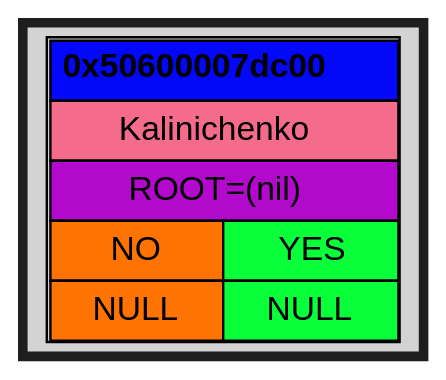
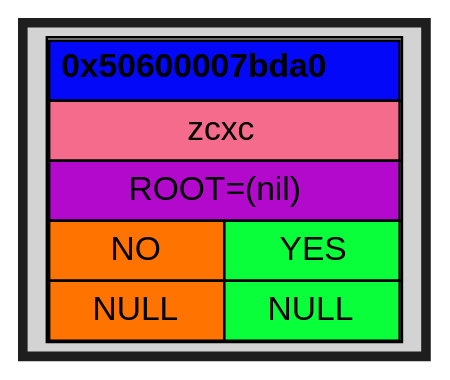
Before and after one commit to Kabuto-Mainer/Akinator: the diagram in DUMPS/DEBUG/graph.dot, drawn with Graphviz. The commit also changed 62 other files, not shown here.

```diff
--- a/DUMPS/DEBUG/graph.dot
+++ b/DUMPS/DEBUG/graph.dot
@@ -1,23 +1,23 @@
 digraph {
   rankdir=UD;
   bgcolor="#1e1e1e"
   splines=ortho;
   nodesep=0.4;
   ranksep=0.6;
   node [shape=plaintext, style=filled, fontname="Helvetica"];
   edge [arrowhead=vee, arrowsize=0.6, penwidth=1.2];
 
-block_0x50600007dc00 [label=<
+block_0x50600007bda0 [label=<
 <TABLE CELLSPACING="0" CELLPADDING="4">
-<TR><TD PORT="root" BGCOLOR="#0308f9ff" COLSPAN="2"><B>0x50600007dc00</B></TD></TR>
-<TR><TD BGCOLOR="#f46b8bff" COLSPAN="2">Kalinichenko</TD></TR>
+<TR><TD PORT="root" BGCOLOR="#0308f9ff" COLSPAN="2"><B>0x50600007bda0</B></TD></TR>
+<TR><TD BGCOLOR="#f46b8bff" COLSPAN="2">zcxc</TD></TR>
 <TR><TD BGCOLOR="#b209ccff" COLSPAN="2">ROOT=(nil)</TD></TR>
 <TR><TD BGCOLOR="#ff7301ff">NO</TD><TD BGCOLOR="#08ff3aff">YES</TD></TR>
 <TR>
 <TD PORT="left" BGCOLOR="#ff7301ff">NULL</TD>
 <TD PORT="right" BGCOLOR="#08ff3aff">NULL</TD>
 </TR>
 </TABLE> >];
 
 
 }
```
